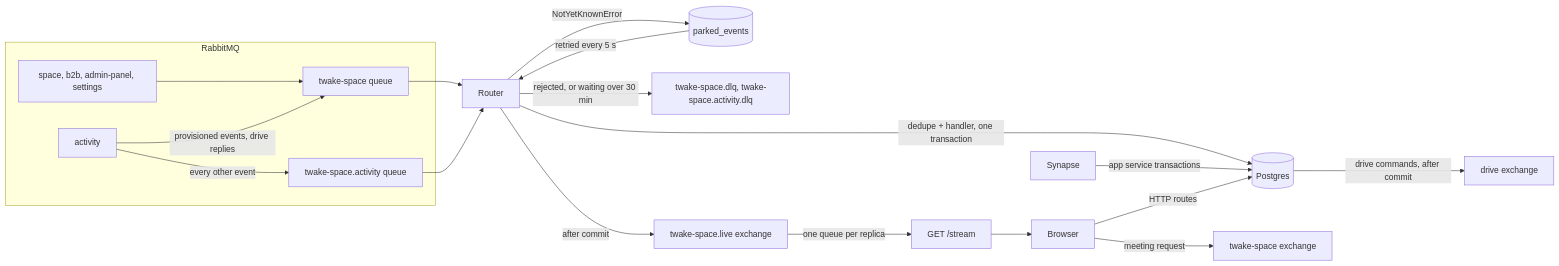
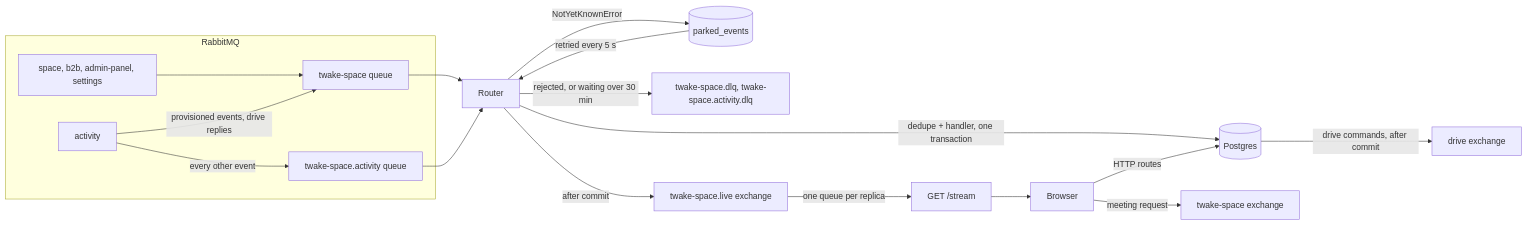
The first of 5 diagrams in docs/events.md (linagora/twake-space), drawn with Mermaid before and after one commit. The commit also changed other lines of this file and 35 other files, not shown here.

First line of the commit message:
fix(backend): remove the Matrix feed and its app service tokens

````diff
--- a/docs/events.md
+++ b/docs/events.md
@@ -16,25 +16,24 @@
 ```mermaid
 flowchart LR
   subgraph RabbitMQ
     P["space, b2b, admin-panel, settings"]
     A[activity]
     Q[twake-space queue]
     AQ[twake-space.activity queue]
   end
   P --> Q
   A -->|provisioned events, drive replies| Q
   A -->|every other event| AQ
   Q --> R[Router]
   AQ --> R
   R -->|dedupe + handler, one transaction| PG[(Postgres)]
   R -->|NotYetKnownError| PE[(parked_events)]
   PE -->|retried every 5 s| R
   R -->|rejected, or waiting over 30 min| DLQ["twake-space.dlq, twake-space.activity.dlq"]
   R -->|after commit| L[twake-space.live exchange]
   L -->|one queue per replica| SSE[GET /stream]
-  MX[Synapse] -->|app service transactions| PG
   SSE --> B[Browser]
   B -->|HTTP routes| PG
   B -->|meeting request| M[twake-space exchange]
   PG -->|drive commands, after commit| D[drive exchange]
 ```
````
